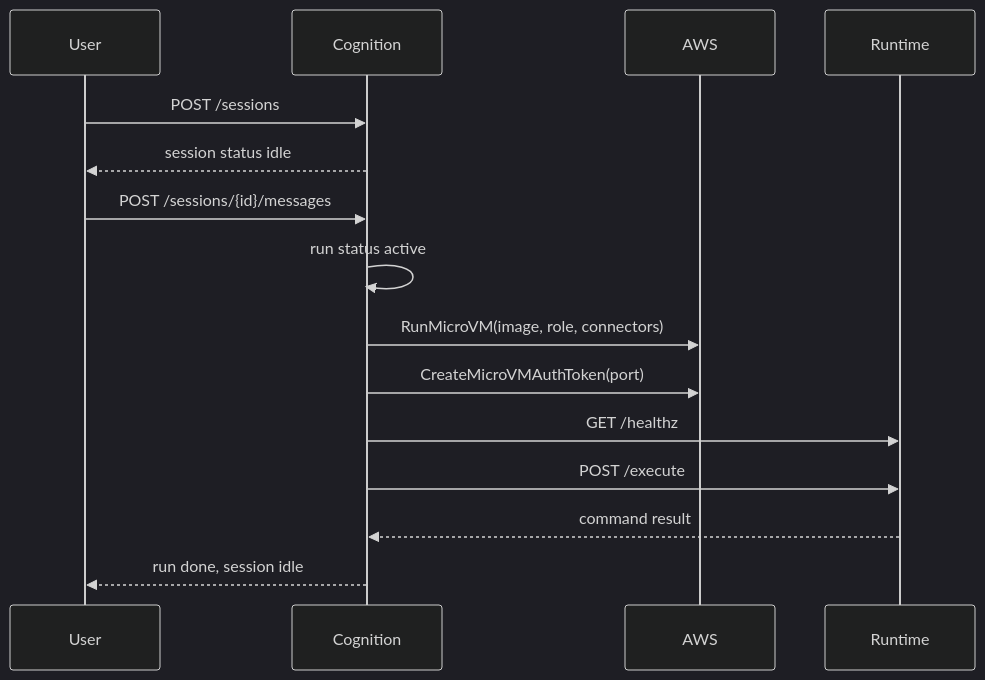
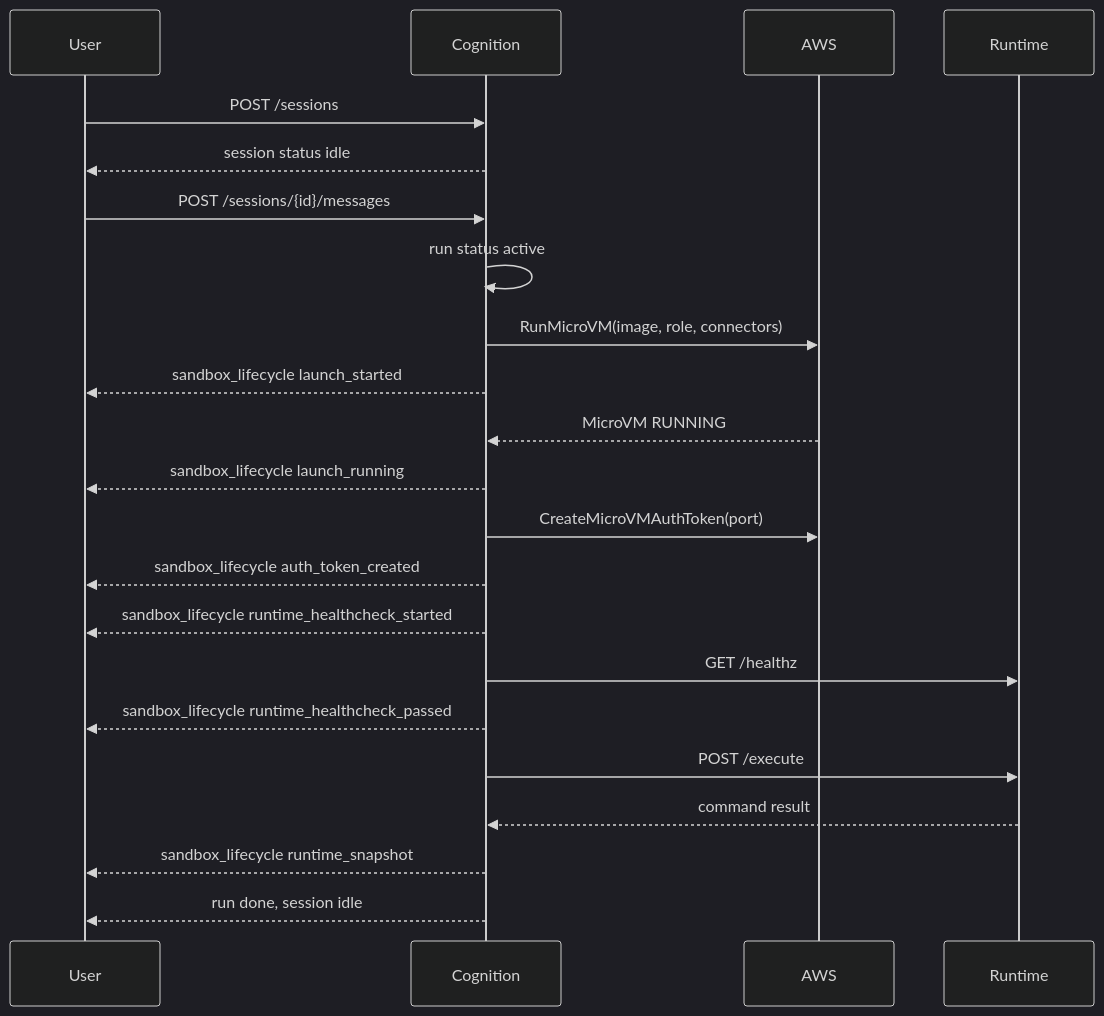
The diagram in docs/concepts/sandboxes/aws-lambda-microvm/lifecycle-and-observability.md (CognicellAI/Cognition), drawn with Mermaid (dark theme) before and after one commit. The commit also changed other lines of this file and 12 other files, not shown here.

````diff
--- a/docs/concepts/sandboxes/aws-lambda-microvm/lifecycle-and-observability.md
+++ b/docs/concepts/sandboxes/aws-lambda-microvm/lifecycle-and-observability.md
@@ -8,18 +8,25 @@
 ```mermaid
 sequenceDiagram
     participant User
     participant Cognition
     participant AWS
     participant Runtime
 
     User->>Cognition: POST /sessions
     Cognition-->>User: session status idle
     User->>Cognition: POST /sessions/{id}/messages
     Cognition->>Cognition: run status active
     Cognition->>AWS: RunMicroVM(image, role, connectors)
+    Cognition-->>User: sandbox_lifecycle launch_started
+    AWS-->>Cognition: MicroVM RUNNING
+    Cognition-->>User: sandbox_lifecycle launch_running
     Cognition->>AWS: CreateMicroVMAuthToken(port)
+    Cognition-->>User: sandbox_lifecycle auth_token_created
+    Cognition-->>User: sandbox_lifecycle runtime_healthcheck_started
     Cognition->>Runtime: GET /healthz
+    Cognition-->>User: sandbox_lifecycle runtime_healthcheck_passed
     Cognition->>Runtime: POST /execute
     Runtime-->>Cognition: command result
+    Cognition-->>User: sandbox_lifecycle runtime_snapshot
     Cognition-->>User: run done, session idle
 ```
````
